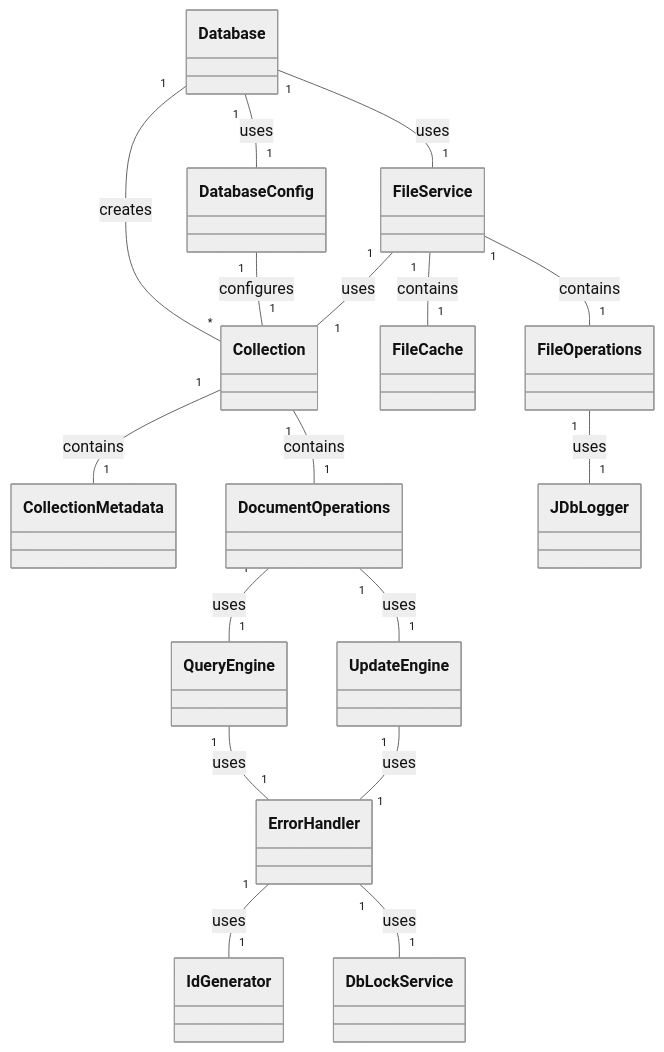
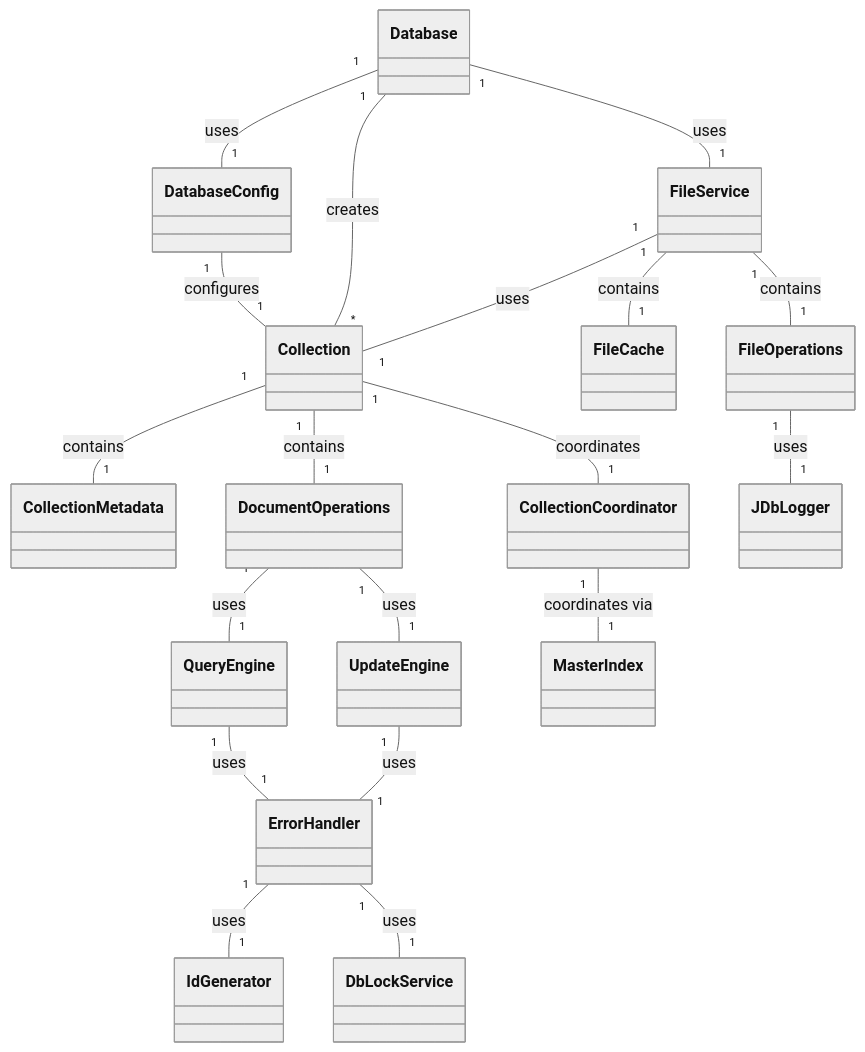
Before and after one commit to h-arnold/JsonDbApp: diagram 18 of 20 in docs/developers/Class_Diagrams.md, drawn with Mermaid (neutral theme). The commit also changed other lines of this file and 26 other files, not shown here.

First line of the commit message:
fix: eliminate coordination/MasterIndex partial-write hazards (#63)

````diff
--- a/docs/developers/Class_Diagrams.md
+++ b/docs/developers/Class_Diagrams.md
@@ -466,19 +523,21 @@
 ```mermaid
 classDiagram
     Database "1" -- "1" DatabaseConfig : uses
     Database "1" -- "*" Collection : creates
     DatabaseConfig "1" -- "1" Collection : configures
     Collection "1" -- "1" CollectionMetadata : contains
     Collection "1" -- "1" DocumentOperations : contains
     DocumentOperations "1" -- "1" QueryEngine : uses
     DocumentOperations "1" -- "1" UpdateEngine : uses
     QueryEngine "1" -- "1" ErrorHandler : uses
     UpdateEngine "1" -- "1" ErrorHandler : uses
     ErrorHandler "1" -- "1" IdGenerator : uses
     ErrorHandler "1" -- "1" DbLockService : uses
     Database "1" -- "1" FileService : uses
     FileService "1" -- "1" Collection : uses
     FileService "1" -- "1" FileCache : contains
     FileService "1" -- "1" FileOperations : contains
     FileOperations "1" -- "1" JDbLogger : uses
+    Collection "1" -- "1" CollectionCoordinator : coordinates
+    CollectionCoordinator "1" -- "1" MasterIndex : coordinates via
 ```
````
